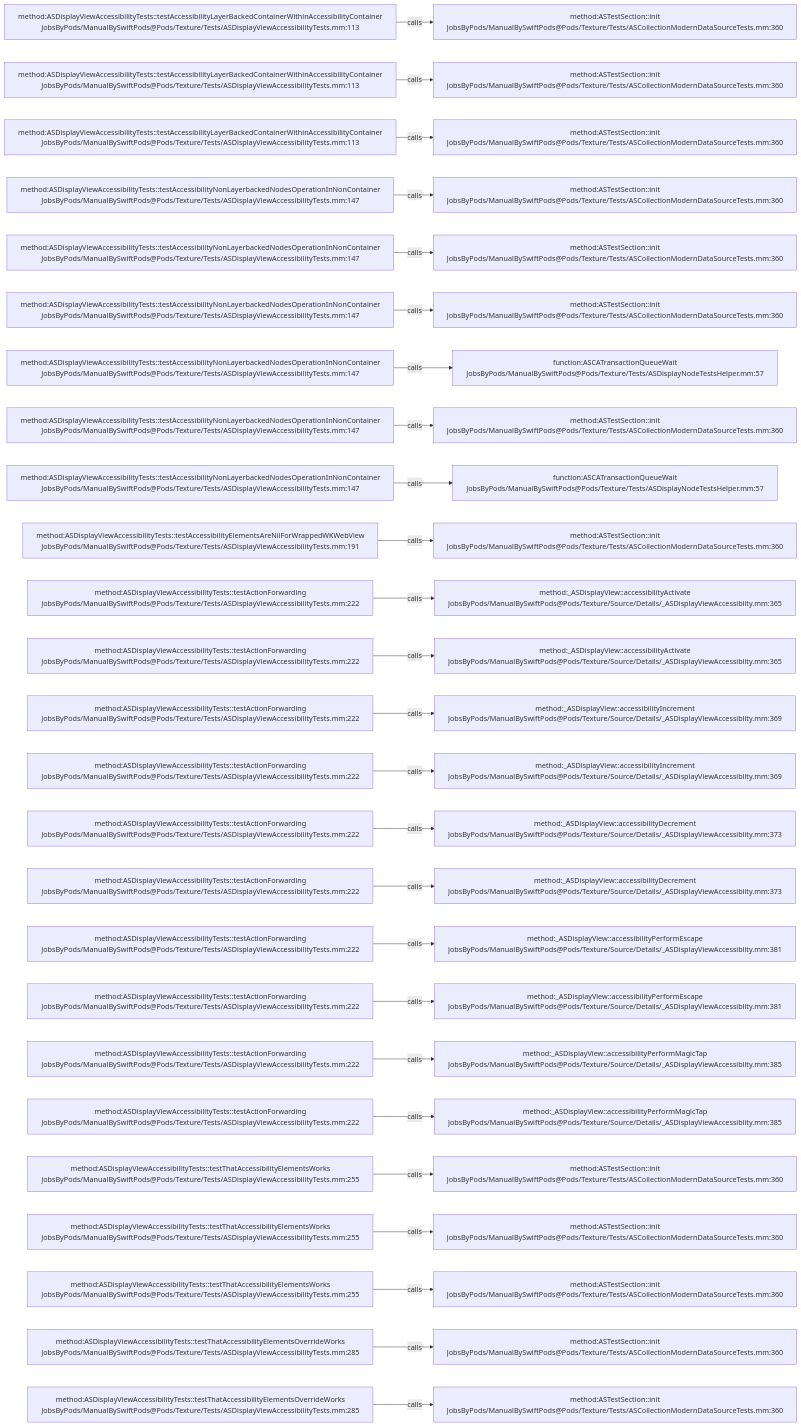
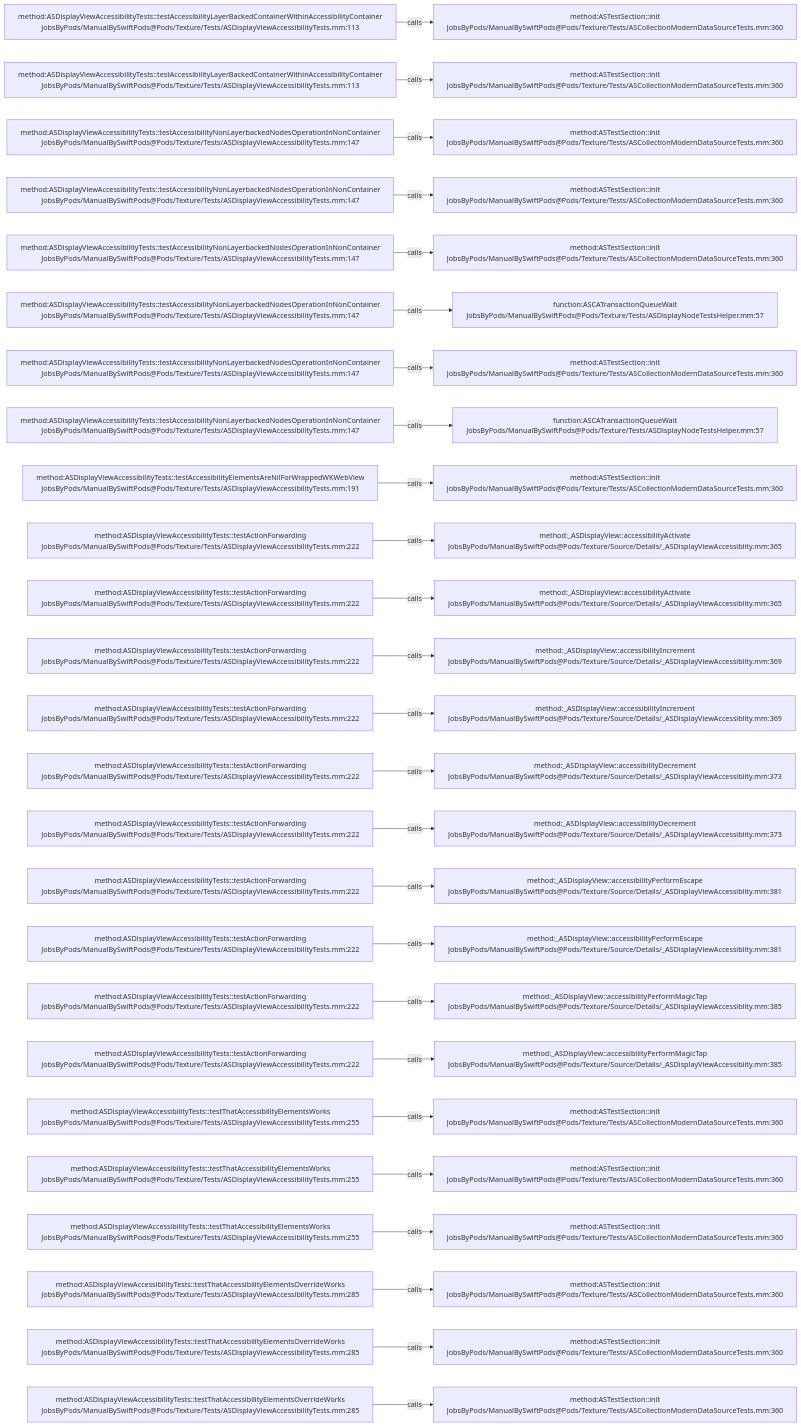
One commit to JobsKits/JobsSwiftBaseConfigDemo changed the diagram in .codegraph/codegraph.md/graphs/calls-198.md. Above: the diagram before and after it, drawn with Mermaid. The commit also changed 747 other files, not shown here.

````diff
--- a/.codegraph/codegraph.md/graphs/calls-198.md
+++ b/.codegraph/codegraph.md/graphs/calls-198.md
@@ -13,78 +13,78 @@
 ```mermaid
 flowchart LR
   S1["method:ASDisplayViewAccessibilityTests::testAccessibilityLayerBackedContainerWithinAccessibilityContainer<br/>JobsByPods/ManualBySwiftPods@Pods/Texture/Tests/ASDisplayViewAccessibilityTests.mm:113"]
   T1["method:ASTestSection::init<br/>JobsByPods/ManualBySwiftPods@Pods/Texture/Tests/ASCollectionModernDataSourceTests.mm:360"]
   S1 -->|calls| T1
   S2["method:ASDisplayViewAccessibilityTests::testAccessibilityLayerBackedContainerWithinAccessibilityContainer<br/>JobsByPods/ManualBySwiftPods@Pods/Texture/Tests/ASDisplayViewAccessibilityTests.mm:113"]
   T2["method:ASTestSection::init<br/>JobsByPods/ManualBySwiftPods@Pods/Texture/Tests/ASCollectionModernDataSourceTests.mm:360"]
   S2 -->|calls| T2
-  S3["method:ASDisplayViewAccessibilityTests::testAccessibilityLayerBackedContainerWithinAccessibilityContainer<br/>JobsByPods/ManualBySwiftPods@Pods/Texture/Tests/ASDisplayViewAccessibilityTests.mm:113"]
+  S3["method:ASDisplayViewAccessibilityTests::testAccessibilityNonLayerbackedNodesOperationInNonContainer<br/>JobsByPods/ManualBySwiftPods@Pods/Texture/Tests/ASDisplayViewAccessibilityTests.mm:147"]
   T3["method:ASTestSection::init<br/>JobsByPods/ManualBySwiftPods@Pods/Texture/Tests/ASCollectionModernDataSourceTests.mm:360"]
   S3 -->|calls| T3
   S4["method:ASDisplayViewAccessibilityTests::testAccessibilityNonLayerbackedNodesOperationInNonContainer<br/>JobsByPods/ManualBySwiftPods@Pods/Texture/Tests/ASDisplayViewAccessibilityTests.mm:147"]
   T4["method:ASTestSection::init<br/>JobsByPods/ManualBySwiftPods@Pods/Texture/Tests/ASCollectionModernDataSourceTests.mm:360"]
   S4 -->|calls| T4
   S5["method:ASDisplayViewAccessibilityTests::testAccessibilityNonLayerbackedNodesOperationInNonContainer<br/>JobsByPods/ManualBySwiftPods@Pods/Texture/Tests/ASDisplayViewAccessibilityTests.mm:147"]
   T5["method:ASTestSection::init<br/>JobsByPods/ManualBySwiftPods@Pods/Texture/Tests/ASCollectionModernDataSourceTests.mm:360"]
   S5 -->|calls| T5
   S6["method:ASDisplayViewAccessibilityTests::testAccessibilityNonLayerbackedNodesOperationInNonContainer<br/>JobsByPods/ManualBySwiftPods@Pods/Texture/Tests/ASDisplayViewAccessibilityTests.mm:147"]
-  T6["method:ASTestSection::init<br/>JobsByPods/ManualBySwiftPods@Pods/Texture/Tests/ASCollectionModernDataSourceTests.mm:360"]
+  T6["function:ASCATransactionQueueWait<br/>JobsByPods/ManualBySwiftPods@Pods/Texture/Tests/ASDisplayNodeTestsHelper.mm:57"]
   S6 -->|calls| T6
   S7["method:ASDisplayViewAccessibilityTests::testAccessibilityNonLayerbackedNodesOperationInNonContainer<br/>JobsByPods/ManualBySwiftPods@Pods/Texture/Tests/ASDisplayViewAccessibilityTests.mm:147"]
-  T7["function:ASCATransactionQueueWait<br/>JobsByPods/ManualBySwiftPods@Pods/Texture/Tests/ASDisplayNodeTestsHelper.mm:57"]
+  T7["method:ASTestSection::init<br/>JobsByPods/ManualBySwiftPods@Pods/Texture/Tests/ASCollectionModernDataSourceTests.mm:360"]
   S7 -->|calls| T7
   S8["method:ASDisplayViewAccessibilityTests::testAccessibilityNonLayerbackedNodesOperationInNonContainer<br/>JobsByPods/ManualBySwiftPods@Pods/Texture/Tests/ASDisplayViewAccessibilityTests.mm:147"]
-  T8["method:ASTestSection::init<br/>JobsByPods/ManualBySwiftPods@Pods/Texture/Tests/ASCollectionModernDataSourceTests.mm:360"]
+  T8["function:ASCATransactionQueueWait<br/>JobsByPods/ManualBySwiftPods@Pods/Texture/Tests/ASDisplayNodeTestsHelper.mm:57"]
   S8 -->|calls| T8
-  S9["method:ASDisplayViewAccessibilityTests::testAccessibilityNonLayerbackedNodesOperationInNonContainer<br/>JobsByPods/ManualBySwiftPods@Pods/Texture/Tests/ASDisplayViewAccessibilityTests.mm:147"]
-  T9["function:ASCATransactionQueueWait<br/>JobsByPods/ManualBySwiftPods@Pods/Texture/Tests/ASDisplayNodeTestsHelper.mm:57"]
+  S9["method:ASDisplayViewAccessibilityTests::testAccessibilityElementsAreNilForWrappedWKWebView<br/>JobsByPods/ManualBySwiftPods@Pods/Texture/Tests/ASDisplayViewAccessibilityTests.mm:191"]
+  T9["method:ASTestSection::init<br/>JobsByPods/ManualBySwiftPods@Pods/Texture/Tests/ASCollectionModernDataSourceTests.mm:360"]
   S9 -->|calls| T9
-  S10["method:ASDisplayViewAccessibilityTests::testAccessibilityElementsAreNilForWrappedWKWebView<br/>JobsByPods/ManualBySwiftPods@Pods/Texture/Tests/ASDisplayViewAccessibilityTests.mm:191"]
-  T10["method:ASTestSection::init<br/>JobsByPods/ManualBySwiftPods@Pods/Texture/Tests/ASCollectionModernDataSourceTests.mm:360"]
+  S10["method:ASDisplayViewAccessibilityTests::testActionForwarding<br/>JobsByPods/ManualBySwiftPods@Pods/Texture/Tests/ASDisplayViewAccessibilityTests.mm:222"]
+  T10["method:_ASDisplayView::accessibilityActivate<br/>JobsByPods/ManualBySwiftPods@Pods/Texture/Source/Details/_ASDisplayViewAccessiblity.mm:365"]
   S10 -->|calls| T10
   S11["method:ASDisplayViewAccessibilityTests::testActionForwarding<br/>JobsByPods/ManualBySwiftPods@Pods/Texture/Tests/ASDisplayViewAccessibilityTests.mm:222"]
   T11["method:_ASDisplayView::accessibilityActivate<br/>JobsByPods/ManualBySwiftPods@Pods/Texture/Source/Details/_ASDisplayViewAccessiblity.mm:365"]
   S11 -->|calls| T11
   S12["method:ASDisplayViewAccessibilityTests::testActionForwarding<br/>JobsByPods/ManualBySwiftPods@Pods/Texture/Tests/ASDisplayViewAccessibilityTests.mm:222"]
-  T12["method:_ASDisplayView::accessibilityActivate<br/>JobsByPods/ManualBySwiftPods@Pods/Texture/Source/Details/_ASDisplayViewAccessiblity.mm:365"]
+  T12["method:_ASDisplayView::accessibilityIncrement<br/>JobsByPods/ManualBySwiftPods@Pods/Texture/Source/Details/_ASDisplayViewAccessiblity.mm:369"]
   S12 -->|calls| T12
   S13["method:ASDisplayViewAccessibilityTests::testActionForwarding<br/>JobsByPods/ManualBySwiftPods@Pods/Texture/Tests/ASDisplayViewAccessibilityTests.mm:222"]
   T13["method:_ASDisplayView::accessibilityIncrement<br/>JobsByPods/ManualBySwiftPods@Pods/Texture/Source/Details/_ASDisplayViewAccessiblity.mm:369"]
   S13 -->|calls| T13
   S14["method:ASDisplayViewAccessibilityTests::testActionForwarding<br/>JobsByPods/ManualBySwiftPods@Pods/Texture/Tests/ASDisplayViewAccessibilityTests.mm:222"]
-  T14["method:_ASDisplayView::accessibilityIncrement<br/>JobsByPods/ManualBySwiftPods@Pods/Texture/Source/Details/_ASDisplayViewAccessiblity.mm:369"]
+  T14["method:_ASDisplayView::accessibilityDecrement<br/>JobsByPods/ManualBySwiftPods@Pods/Texture/Source/Details/_ASDisplayViewAccessiblity.mm:373"]
   S14 -->|calls| T14
   S15["method:ASDisplayViewAccessibilityTests::testActionForwarding<br/>JobsByPods/ManualBySwiftPods@Pods/Texture/Tests/ASDisplayViewAccessibilityTests.mm:222"]
   T15["method:_ASDisplayView::accessibilityDecrement<br/>JobsByPods/ManualBySwiftPods@Pods/Texture/Source/Details/_ASDisplayViewAccessiblity.mm:373"]
   S15 -->|calls| T15
   S16["method:ASDisplayViewAccessibilityTests::testActionForwarding<br/>JobsByPods/ManualBySwiftPods@Pods/Texture/Tests/ASDisplayViewAccessibilityTests.mm:222"]
-  T16["method:_ASDisplayView::accessibilityDecrement<br/>JobsByPods/ManualBySwiftPods@Pods/Texture/Source/Details/_ASDisplayViewAccessiblity.mm:373"]
+  T16["method:_ASDisplayView::accessibilityPerformEscape<br/>JobsByPods/ManualBySwiftPods@Pods/Texture/Source/Details/_ASDisplayViewAccessiblity.mm:381"]
   S16 -->|calls| T16
   S17["method:ASDisplayViewAccessibilityTests::testActionForwarding<br/>JobsByPods/ManualBySwiftPods@Pods/Texture/Tests/ASDisplayViewAccessibilityTests.mm:222"]
   T17["method:_ASDisplayView::accessibilityPerformEscape<br/>JobsByPods/ManualBySwiftPods@Pods/Texture/Source/Details/_ASDisplayViewAccessiblity.mm:381"]
   S17 -->|calls| T17
   S18["method:ASDisplayViewAccessibilityTests::testActionForwarding<br/>JobsByPods/ManualBySwiftPods@Pods/Texture/Tests/ASDisplayViewAccessibilityTests.mm:222"]
-  T18["method:_ASDisplayView::accessibilityPerformEscape<br/>JobsByPods/ManualBySwiftPods@Pods/Texture/Source/Details/_ASDisplayViewAccessiblity.mm:381"]
+  T18["method:_ASDisplayView::accessibilityPerformMagicTap<br/>JobsByPods/ManualBySwiftPods@Pods/Texture/Source/Details/_ASDisplayViewAccessiblity.mm:385"]
   S18 -->|calls| T18
   S19["method:ASDisplayViewAccessibilityTests::testActionForwarding<br/>JobsByPods/ManualBySwiftPods@Pods/Texture/Tests/ASDisplayViewAccessibilityTests.mm:222"]
   T19["method:_ASDisplayView::accessibilityPerformMagicTap<br/>JobsByPods/ManualBySwiftPods@Pods/Texture/Source/Details/_ASDisplayViewAccessiblity.mm:385"]
   S19 -->|calls| T19
-  S20["method:ASDisplayViewAccessibilityTests::testActionForwarding<br/>JobsByPods/ManualBySwiftPods@Pods/Texture/Tests/ASDisplayViewAccessibilityTests.mm:222"]
-  T20["method:_ASDisplayView::accessibilityPerformMagicTap<br/>JobsByPods/ManualBySwiftPods@Pods/Texture/Source/Details/_ASDisplayViewAccessiblity.mm:385"]
+  S20["method:ASDisplayViewAccessibilityTests::testThatAccessibilityElementsWorks<br/>JobsByPods/ManualBySwiftPods@Pods/Texture/Tests/ASDisplayViewAccessibilityTests.mm:255"]
+  T20["method:ASTestSection::init<br/>JobsByPods/ManualBySwiftPods@Pods/Texture/Tests/ASCollectionModernDataSourceTests.mm:360"]
   S20 -->|calls| T20
   S21["method:ASDisplayViewAccessibilityTests::testThatAccessibilityElementsWorks<br/>JobsByPods/ManualBySwiftPods@Pods/Texture/Tests/ASDisplayViewAccessibilityTests.mm:255"]
   T21["method:ASTestSection::init<br/>JobsByPods/ManualBySwiftPods@Pods/Texture/Tests/ASCollectionModernDataSourceTests.mm:360"]
   S21 -->|calls| T21
   S22["method:ASDisplayViewAccessibilityTests::testThatAccessibilityElementsWorks<br/>JobsByPods/ManualBySwiftPods@Pods/Texture/Tests/ASDisplayViewAccessibilityTests.mm:255"]
   T22["method:ASTestSection::init<br/>JobsByPods/ManualBySwiftPods@Pods/Texture/Tests/ASCollectionModernDataSourceTests.mm:360"]
   S22 -->|calls| T22
-  S23["method:ASDisplayViewAccessibilityTests::testThatAccessibilityElementsWorks<br/>JobsByPods/ManualBySwiftPods@Pods/Texture/Tests/ASDisplayViewAccessibilityTests.mm:255"]
+  S23["method:ASDisplayViewAccessibilityTests::testThatAccessibilityElementsOverrideWorks<br/>JobsByPods/ManualBySwiftPods@Pods/Texture/Tests/ASDisplayViewAccessibilityTests.mm:285"]
   T23["method:ASTestSection::init<br/>JobsByPods/ManualBySwiftPods@Pods/Texture/Tests/ASCollectionModernDataSourceTests.mm:360"]
   S23 -->|calls| T23
   S24["method:ASDisplayViewAccessibilityTests::testThatAccessibilityElementsOverrideWorks<br/>JobsByPods/ManualBySwiftPods@Pods/Texture/Tests/ASDisplayViewAccessibilityTests.mm:285"]
   T24["method:ASTestSection::init<br/>JobsByPods/ManualBySwiftPods@Pods/Texture/Tests/ASCollectionModernDataSourceTests.mm:360"]
   S24 -->|calls| T24
   S25["method:ASDisplayViewAccessibilityTests::testThatAccessibilityElementsOverrideWorks<br/>JobsByPods/ManualBySwiftPods@Pods/Texture/Tests/ASDisplayViewAccessibilityTests.mm:285"]
   T25["method:ASTestSection::init<br/>JobsByPods/ManualBySwiftPods@Pods/Texture/Tests/ASCollectionModernDataSourceTests.mm:360"]
   S25 -->|calls| T25
 ```
````
